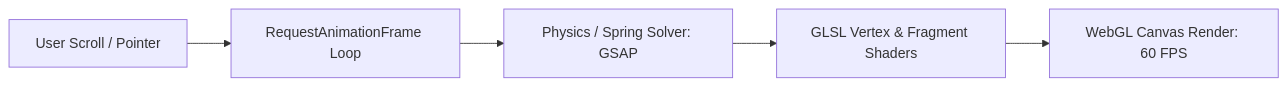
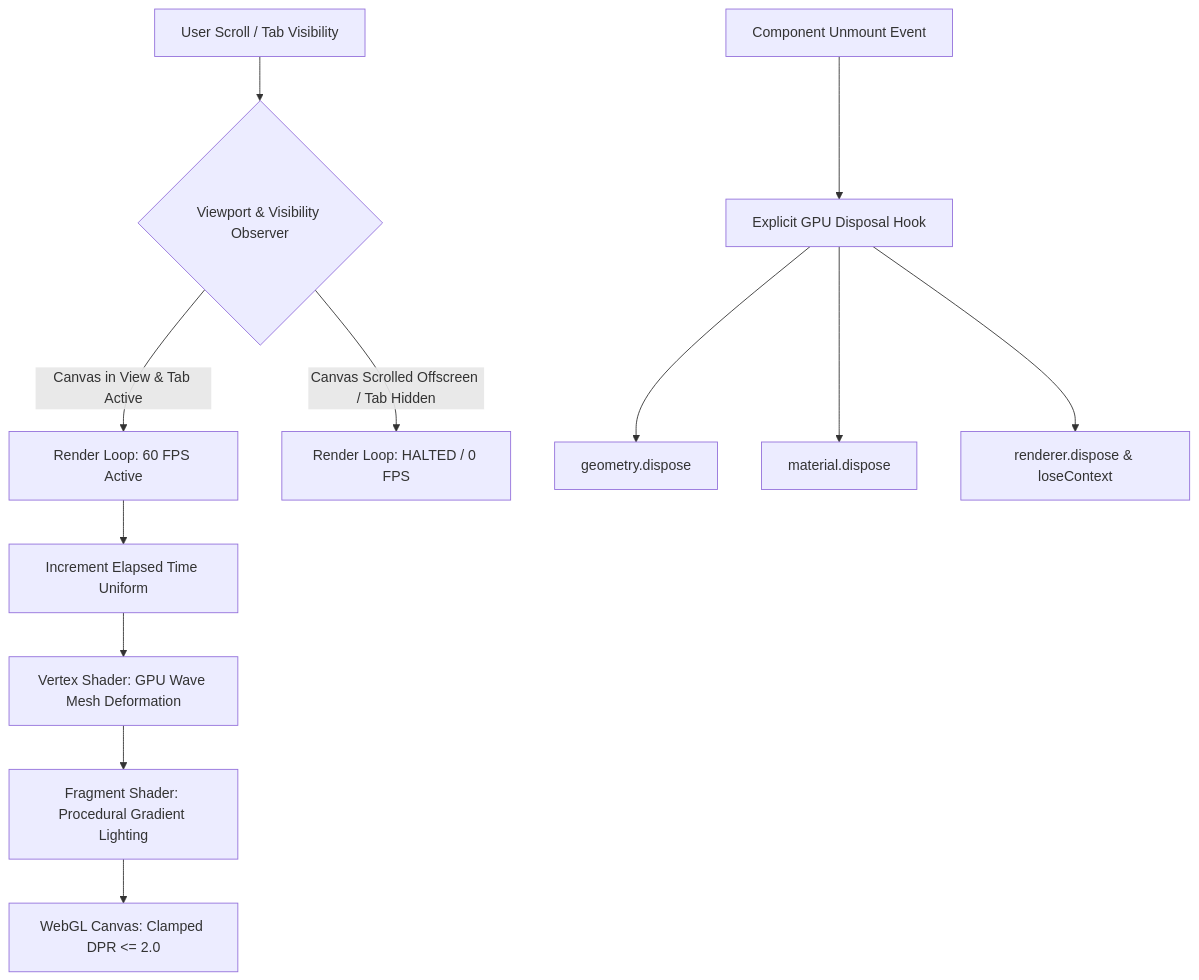
The diagram in docs/project-case-studies/creative-engineering-and-3d-web/zeus-interactive-3d-shaders.md (MasterZ1311/Dev-AURA), drawn with Mermaid before and after one commit. The commit also changed other lines of this file and 21 other files, not shown here.

````diff
--- a/docs/project-case-studies/creative-engineering-and-3d-web/zeus-interactive-3d-shaders.md
+++ b/docs/project-case-studies/creative-engineering-and-3d-web/zeus-interactive-3d-shaders.md
@@ -12,7 +37,17 @@
 ```mermaid
-graph LR
-    User[User Scroll / Pointer] --> RAF[RequestAnimationFrame Loop]
-    RAF --> Physics[Physics / Spring Solver: GSAP]
-    Physics --> Shaders[GLSL Vertex & Fragment Shaders]
-    Shaders --> Canvas[WebGL Canvas Render: 60 FPS]
+graph TD
+    UserAction[User Scroll / Tab Visibility] --> Sensor{Viewport & Visibility Observer}
+    
+    Sensor -->|Canvas in View & Tab Active| LoopControl[Render Loop: 60 FPS Active]
+    Sensor -->|Canvas Scrolled Offscreen / Tab Hidden| IdleControl[Render Loop: HALTED / 0 FPS]
+    
+    LoopControl --> TimeUniform[Increment Elapsed Time Uniform]
+    TimeUniform --> VShader[Vertex Shader: GPU Wave Mesh Deformation]
+    VShader --> FShader[Fragment Shader: Procedural Gradient Lighting]
+    FShader --> Screen[WebGL Canvas: Clamped DPR <= 2.0]
+    
+    Unmount[Component Unmount Event] --> Disposal[Explicit GPU Disposal Hook]
+    Disposal --> FreeGeom[geometry.dispose]
+    Disposal --> FreeMat[material.dispose]
+    Disposal --> FreeRenderer[renderer.dispose & loseContext]
 ```
````
